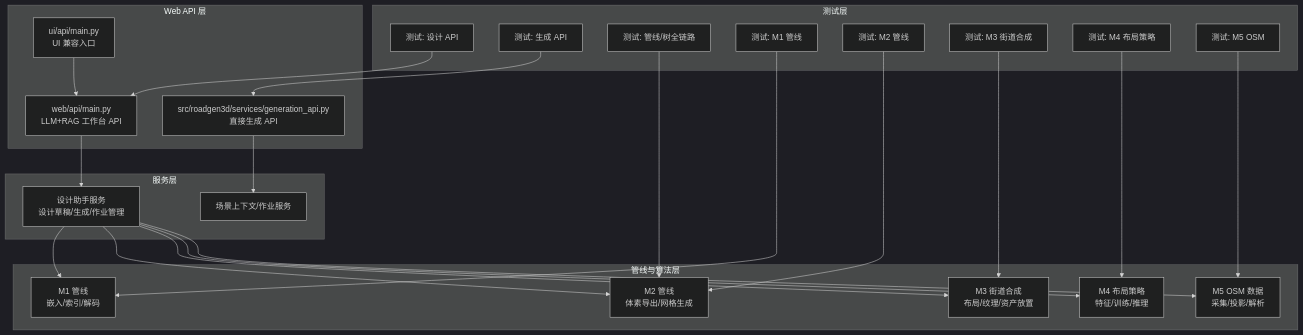
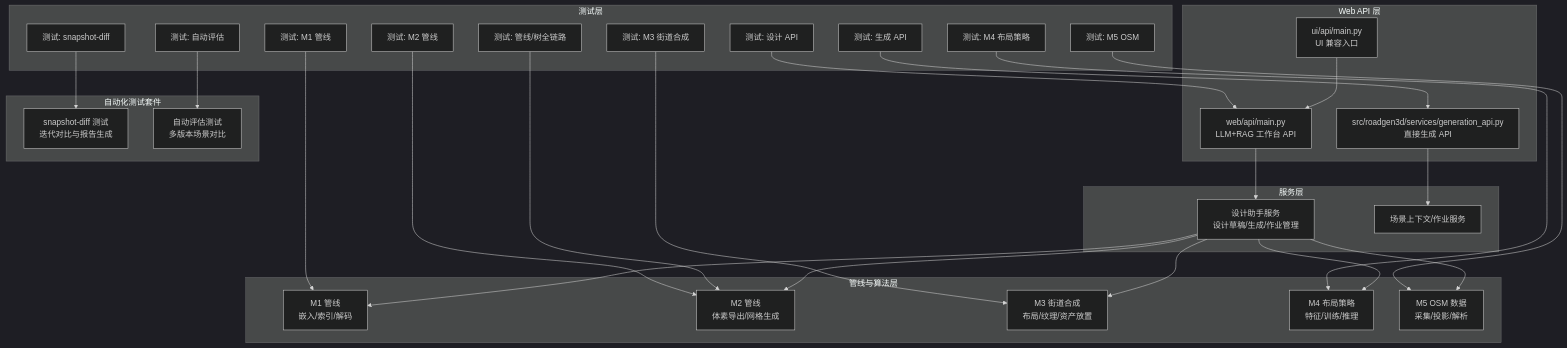
One commit to wsqstar/RoadGen3D changed the first of 6 diagrams in .qoder/repowiki/zh/content/开发者指南/测试策略与实践.md. Above: the diagram before and after it, drawn with Mermaid (dark theme). The commit also changed other lines of this file and 12 other files, not shown here.

````diff
--- a/.qoder/repowiki/zh/content/开发者指南/测试策略与实践.md
+++ b/.qoder/repowiki/zh/content/开发者指南/测试策略与实践.md
@@ -44,45 +51,53 @@
 ```mermaid
 graph TB
 subgraph "Web API 层"
 WAPI["web/api/main.py<br/>LLM+RAG 工作台 API"]
 GAPI["src/roadgen3d/services/generation_api.py<br/>直接生成 API"]
 UIAPI["ui/api/main.py<br/>UI 兼容入口"]
 end
 subgraph "服务层"
 DS["设计助手服务<br/>设计草稿/生成/作业管理"]
 SC["场景上下文/作业服务"]
 end
 subgraph "管线与算法层"
 M1["M1 管线<br/>嵌入/索引/解码"]
 M2["M2 管线<br/>体素导出/网格生成"]
 M3["M3 街道合成<br/>布局/纹理/资产放置"]
 M4["M4 布局策略<br/>特征/训练/推理"]
 M5["M5 OSM 数据<br/>采集/投影/解析"]
 end
+subgraph "自动化测试套件"
+SD["snapshot-diff 测试<br/>迭代对比与报告生成"]
+AE["自动评估测试<br/>多版本场景对比"]
+end
 subgraph "测试层"
 TDESIGN["测试: 设计 API"]
 TGAPI["测试: 生成 API"]
 TPIPE["测试: 管线/树全链路"]
 TM1["测试: M1 管线"]
 TM2["测试: M2 管线"]
 TM3["测试: M3 街道合成"]
 TM4["测试: M4 布局策略"]
 TM5["测试: M5 OSM"]
+TSD["测试: snapshot-diff"]
+TAE["测试: 自动评估"]
 end
 WAPI --> DS
 GAPI --> SC
 UIAPI --> WAPI
 DS --> M1
 DS --> M2
 DS --> M3
 DS --> M4
 DS --> M5
 TDESIGN --> WAPI
 TGAPI --> GAPI
 TPIPE --> M2
 TM1 --> M1
 TM2 --> M2
 TM3 --> M3
 TM4 --> M4
 TM5 --> M5
+TSD --> SD
+TAE --> AE
 ```
````
